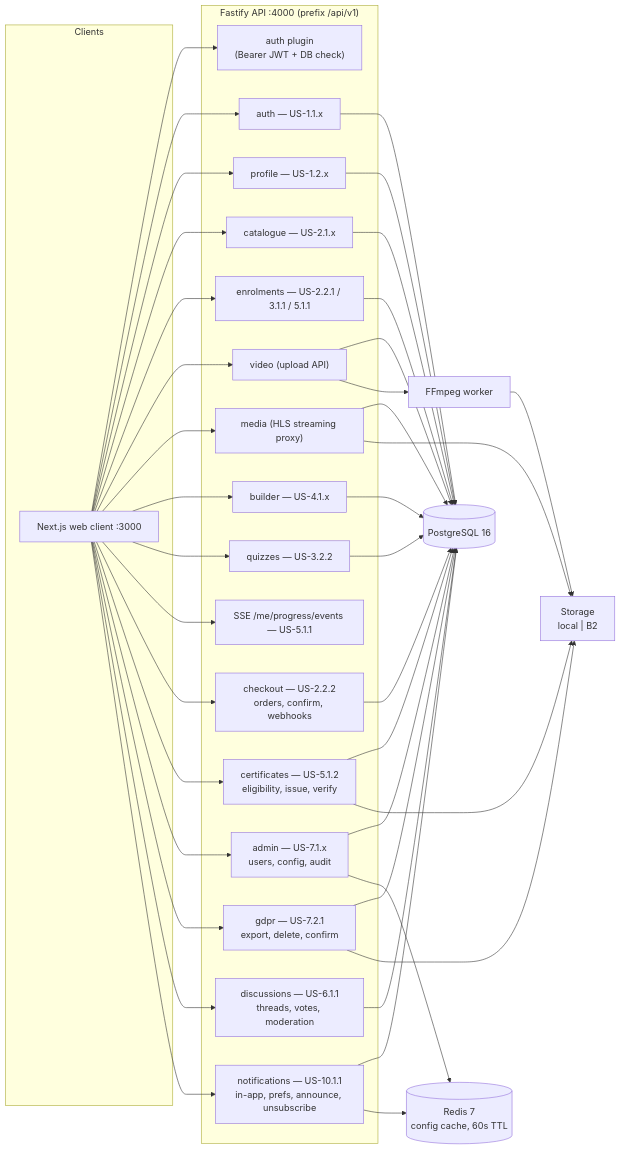
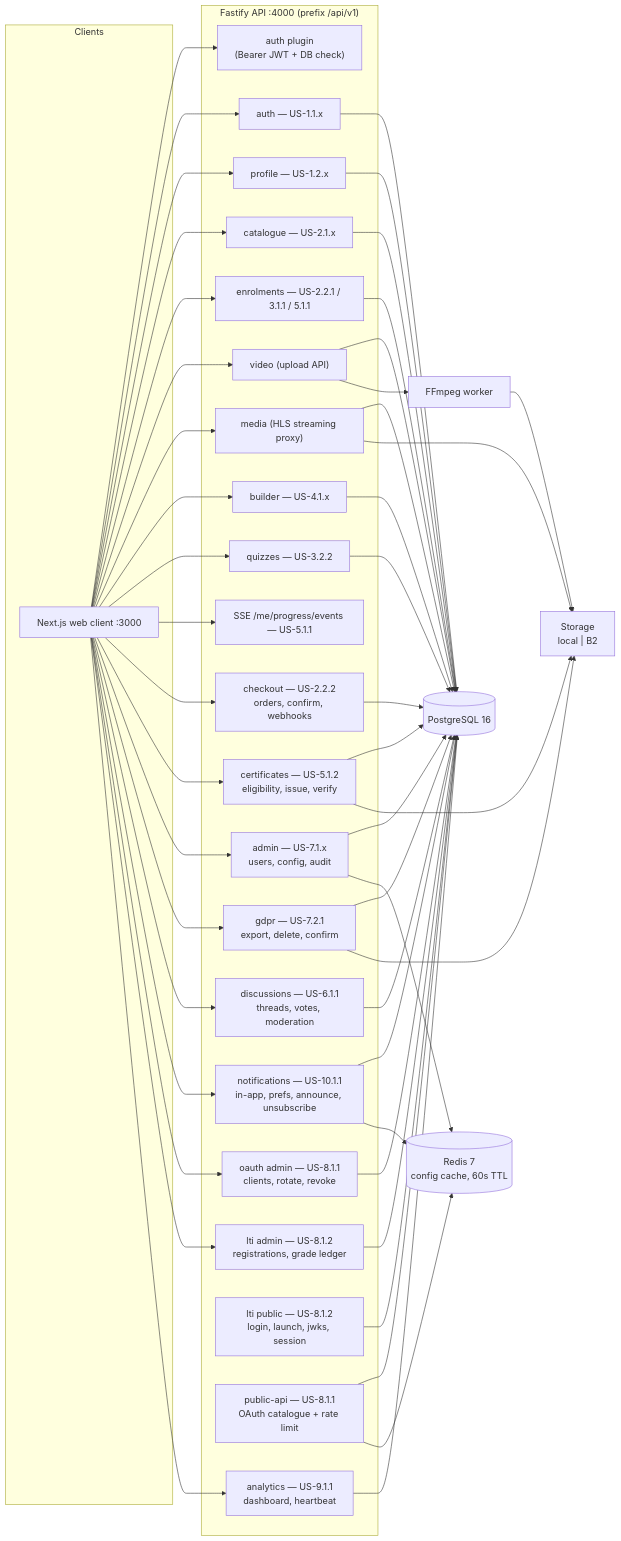
One commit to Godwin-88/laughing-waffle changed the first of 13 diagrams in docs/architecture.md. Above: the diagram before and after it, drawn with Mermaid. The commit also changed other lines of this file and 31 other files, not shown here.

Commit message:
feat(api,web,docs): add LTI 1.3 tool provider, OAuth public API, and learner analytics (US-8.1.1, US-8.1.2, US-9.1.1)

````diff
--- a/docs/architecture.md
+++ b/docs/architecture.md
@@ -20,49 +21,60 @@
 ```mermaid
 flowchart LR
     subgraph Clients
         NEXT["Next.js web client :3000"]
     end
 
     subgraph Gateway["Fastify API :4000  (prefix /api/v1)"]
         AUTH["auth — US-1.1.x"]
         PROF["profile — US-1.2.x"]
         CAT["catalogue — US-2.1.x"]
         ENR["enrolments — US-2.2.1 / 3.1.1 / 5.1.1"]
         QUIZ["quizzes — US-3.2.2"]
         SSE["SSE /me/progress/events — US-5.1.1"]
         VID["video (upload API)"]
         MEDIA["media (HLS streaming proxy)"]
         BLD["builder — US-4.1.x"]
         ORD["checkout — US-2.2.2<br/>orders, confirm, webhooks"]
         CERT["certificates — US-5.1.2<br/>eligibility, issue, verify"]
         ADM["admin — US-7.1.x<br/>users, config, audit"]
         GDPR["gdpr — US-7.2.1<br/>export, delete, confirm"]
         DISC["discussions — US-6.1.1<br/>threads, votes, moderation"]
         NOTIF["notifications — US-10.1.1<br/>in-app, prefs, announce, unsubscribe"]
+        OACLI["oauth admin — US-8.1.1<br/>clients, rotate, revoke"]
+        LTIA["lti admin — US-8.1.2<br/>registrations, grade ledger"]
+        ANL["analytics — US-9.1.1<br/>dashboard, heartbeat"]
+        LTI["lti public — US-8.1.2<br/>login, launch, jwks, session"]
+        PUB["public-api — US-8.1.1<br/>OAuth catalogue + rate limit"]
         AUTH_PLUGIN["auth plugin<br/>(Bearer JWT + DB check)"]
     end
 
     NEXT --> AUTH_PLUGIN
-    NEXT --> AUTH & PROF & CAT & ENR & VID & MEDIA & BLD & QUIZ & SSE & ORD & CERT & ADM & GDPR & DISC & NOTIF
+    NEXT --> AUTH & PROF & CAT & ENR & VID & MEDIA & BLD & QUIZ & SSE & ORD & CERT & ADM & GDPR & DISC & NOTIF & OACLI & LTIA & ANL
 
     AUTH & PROF --> PG[("PostgreSQL 16")]
     CAT --> PG
     ENR --> PG
     BLD --> PG
     VID --> PG
     QUIZ --> PG
     MEDIA --> PG
     ORD --> PG
     CERT --> PG
     CERT --> STORE
     ADM --> PG
     GDPR --> PG
     GDPR --> STORE
     ADM --> REDIS[("Redis 7<br/>config cache, 60s TTL")]
     DISC --> PG
     NOTIF --> PG
     NOTIF --> REDIS
+    OACLI --> PG
+    LTIA --> PG
+    ANL --> PG
+    LTI --> PG
+    PUB --> PG
+    PUB --> REDIS
     VID --> TRANSCODER["FFmpeg worker"]
     TRANSCODER --> STORE["Storage<br/>local | B2"]
     MEDIA --> STORE
 ```
````
